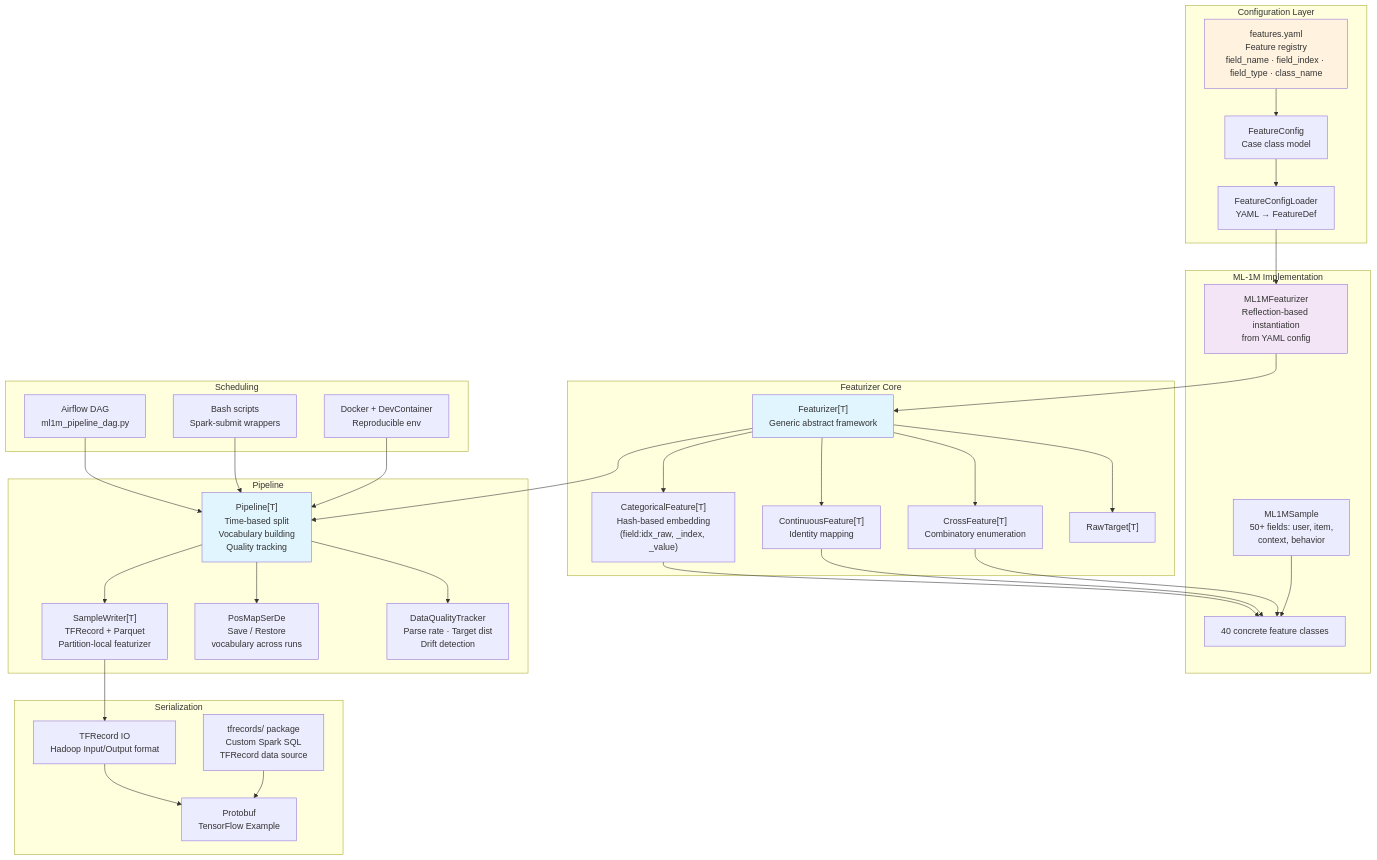
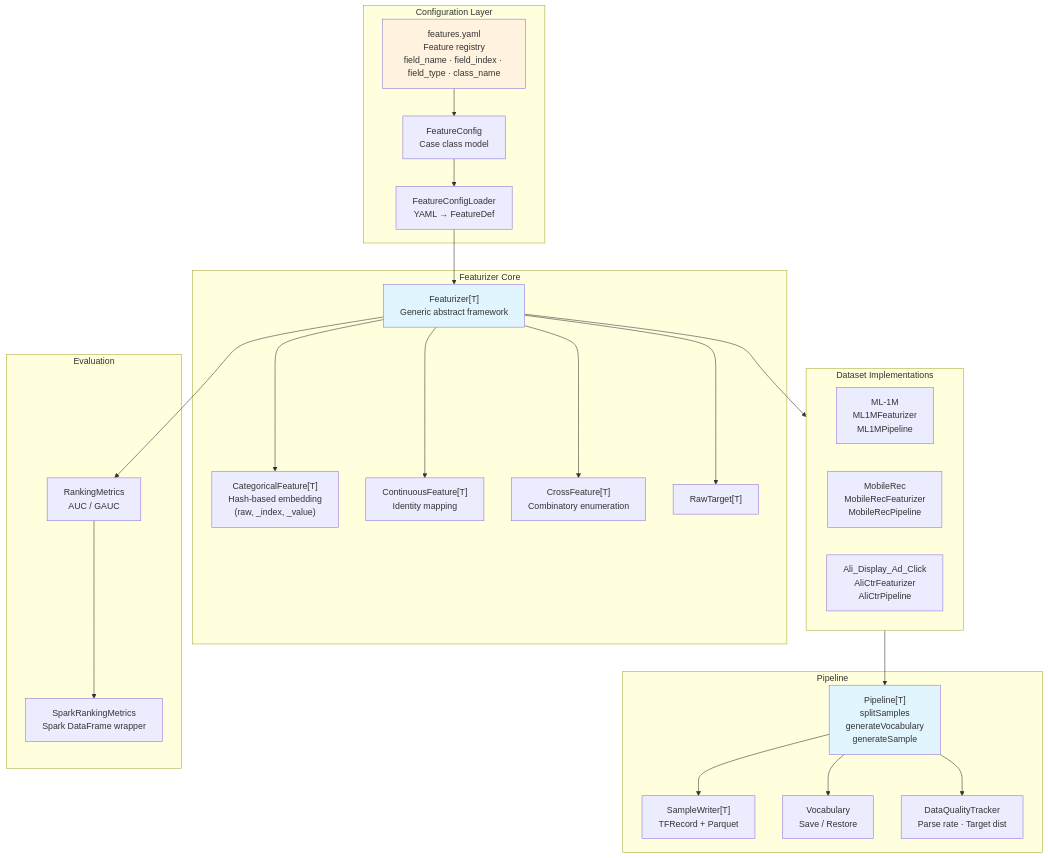
Before and after one commit to shardzhang/gerbil-data: the second of 2 diagrams in README.md, drawn with Mermaid. The commit also changed other lines of this file and 3 other files, not shown here.

Commit message:
docs: update README with 3 datasets, refactored pipeline, AUC/GAUC eval, and new architecture

````diff
--- a/README.md
+++ b/README.md
@@ -144,58 +150,45 @@
 ```mermaid
 flowchart TD
     subgraph Config[Configuration Layer]
         YAML[features.yaml<br/>Feature registry<br/>field_name · field_index · field_type · class_name]
         FC[FeatureConfig<br/>Case class model]
         CL[FeatureConfigLoader<br/>YAML → FeatureDef]
     end
 
     subgraph Core[Featurizer Core]
         FE["Featurizer[T]<br/>Generic abstract framework"]
-        CF["CategoricalFeature[T]<br/>Hash-based embedding<br/>(field:idx_raw, _index, _value)"]
+        CF["CategoricalFeature[T]<br/>Hash-based embedding<br/>(raw, _index, _value)"]
         COF["ContinuousFeature[T]<br/>Identity mapping"]
         XF["CrossFeature[T]<br/>Combinatory enumeration"]
         RT["RawTarget[T]"]
     end
 
-    subgraph ML1M[ML-1M Implementation]
-        MF[ML1MFeaturizer<br/>Reflection-based instantiation<br/>from YAML config]
-        MS[ML1MSample<br/>50+ fields: user, item,<br/>context, behavior]
-        UF[40 concrete feature classes]
+    subgraph DS[Dataset Implementations]
+        M1[ML-1M<br/>ML1MFeaturizer<br/>ML1MPipeline]
+        MR[MobileRec<br/>MobileRecFeaturizer<br/>MobileRecPipeline]
+        AL[Ali_Display_Ad_Click<br/>AliCtrFeaturizer<br/>AliCtrPipeline]
     end
 
     subgraph Pipe[Pipeline]
-        PL["Pipeline[T]<br/>Time-based split<br/>Vocabulary building<br/>Quality tracking"]
-        SW["SampleWriter[T]<br/>TFRecord + Parquet<br/>Partition-local featurizer"]
-        PS[PosMapSerDe<br/>Save / Restore<br/>vocabulary across runs]
-        QT[DataQualityTracker<br/>Parse rate · Target dist<br/>Drift detection]
+        PL["Pipeline[T]<br/>splitSamples<br/>generateVocabulary<br/>generateSample"]
+        SW["SampleWriter[T]<br/>TFRecord + Parquet"]
+        VS[Vocabulary<br/>Save / Restore]
+        QT[DataQualityTracker<br/>Parse rate · Target dist]
     end
 
-    subgraph Serde[Serialization]
-        TR[tfrecords/ package<br/>Custom Spark SQL<br/>TFRecord data source]
-        TF[TFRecord IO<br/>Hadoop Input/Output format]
-        PB[Protobuf<br/>TensorFlow Example]
+    subgraph Eval[Evaluation]
+        RM[RankingMetrics<br/>AUC / GAUC]
+        SR[SparkRankingMetrics<br/>Spark DataFrame wrapper]
     end
 
-    subgraph Sched[Scheduling]
-        AD[Airflow DAG<br/>ml1m_pipeline_dag.py]
-        SP[Bash scripts<br/>Spark-submit wrappers]
-        DV[Docker + DevContainer<br/>Reproducible env]
-    end
-
-    YAML --> FC --> CL --> MF
-    MF --> FE
+    YAML --> FC --> CL --> FE
     FE --> CF & COF & XF & RT
-    CF & COF & XF --> UF
-    MS --> UF
-    FE --> PL
-    PL --> SW & PS & QT
-    SW --> TF
-    TF --> PB
-    TR --> PB
-    AD & SP & DV --> PL
+    FE --> DS
+    DS --> PL
+    PL --> SW & VS & QT
+    FE --> RM --> SR
 
     style FE fill:#e1f5fe
     style PL fill:#e1f5fe
     style YAML fill:#fff3e0
-    style MF fill:#f3e5f5
 ```
````
